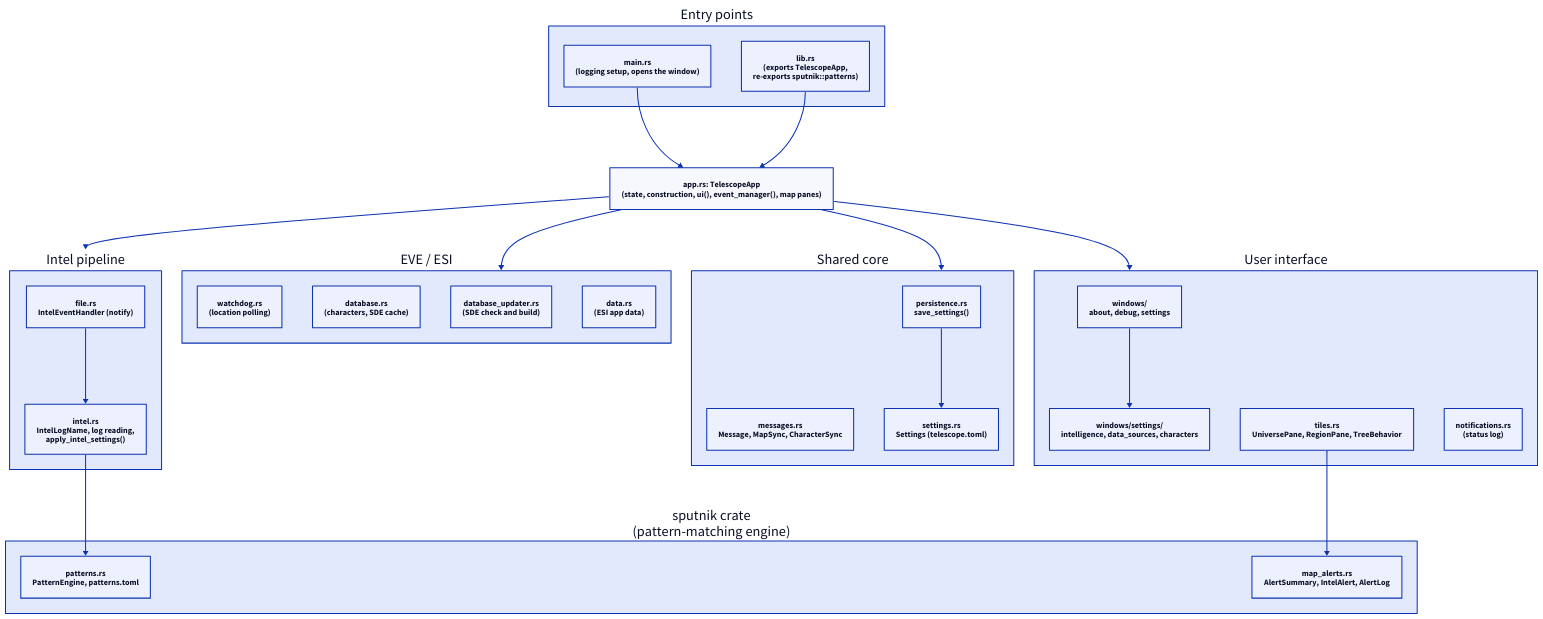
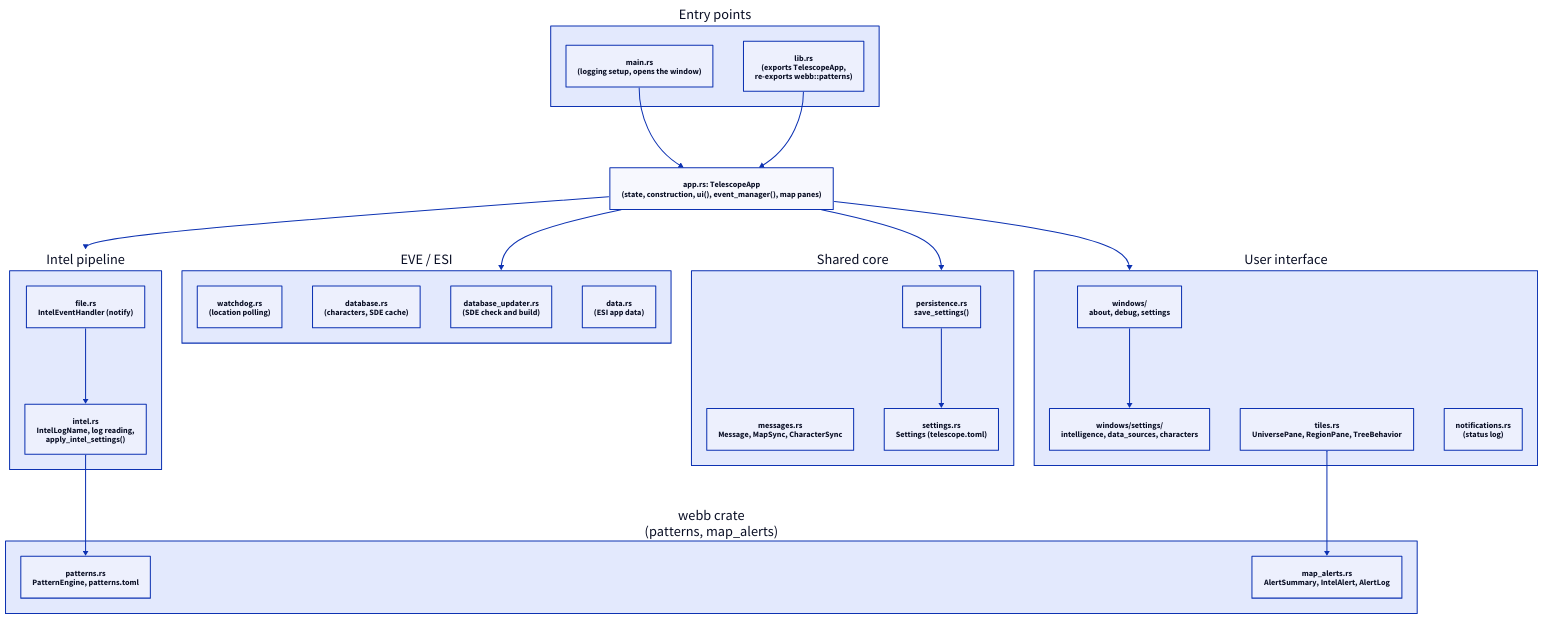
Before and after one commit to rafaga/telescope: the diagram in docs/architecture/modules.d2, drawn with D2. The commit also changed 27 other files, not shown here.

Commit message:
phase 1 - migrate code from sputnik to webb

```diff
--- a/docs/architecture/modules.d2
+++ b/docs/architecture/modules.d2
@@ -1,50 +1,50 @@
 direction: down
 
 entry: "Entry points" {
   main: "main.rs\n(logging setup, opens the window)"
-  lib: "lib.rs\n(exports TelescopeApp,\nre-exports sputnik::patterns)"
+  lib: "lib.rs\n(exports TelescopeApp,\nre-exports webb::patterns)"
 }
 
 app: "app.rs: TelescopeApp\n(state, construction, ui(), event_manager(), map panes)"
 
 ui: "User interface" {
   windows: "windows/\nabout, debug, settings"
   pages: "windows/settings/\nintelligence, data_sources, characters"
   tiles: "tiles.rs\nUniversePane, RegionPane, TreeBehavior"
   notifications: "notifications.rs\n(status log)"
   windows -> pages
 }
 
 intel: "Intel pipeline" {
   file: "file.rs\nIntelEventHandler (notify)"
   reader: "intel.rs\nIntelLogName, log reading,\napply_intel_settings()"
   file -> reader
 }
 
-sputnik: "sputnik crate\n(pattern-matching engine)" {
+webb: "webb crate\n(patterns, map_alerts)" {
   patterns: "patterns.rs\nPatternEngine, patterns.toml"
   map_alerts: "map_alerts.rs\nAlertSummary, IntelAlert, AlertLog"
 }
 
 eve: "EVE / ESI" {
   watchdog: "watchdog.rs\n(location polling)"
   database: "database.rs\n(characters, SDE cache)"
   updater: "database_updater.rs\n(SDE check and build)"
   data: "data.rs\n(ESI app data)"
 }
 
 core: "Shared core" {
   messages: "messages.rs\nMessage, MapSync, CharacterSync"
   settings: "settings.rs\nSettings (telescope.toml)"
   persistence: "persistence.rs\nsave_settings()"
   persistence -> settings
 }
 
 entry.main -> app
 entry.lib -> app
 app -> ui
 app -> intel
 app -> eve
 app -> core
-intel.reader -> sputnik.patterns
-ui.tiles -> sputnik.map_alerts
+intel.reader -> webb.patterns
+ui.tiles -> webb.map_alerts
```
